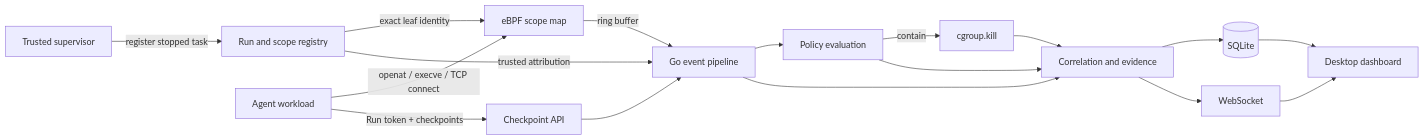
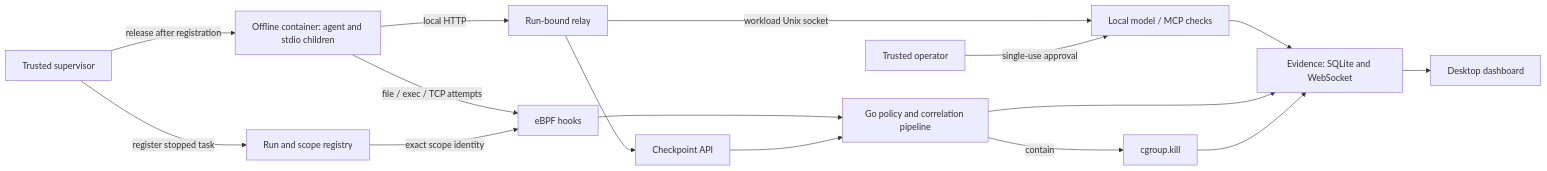
One commit to AullChen/AgentShield-eBPF changed the diagram in README.md. Above: the diagram before and after it, drawn with Mermaid. The commit also changed other lines of this file and 20 other files, not shown here.

Commit message:
docs: document validated offline launch and local inspection

````diff
--- a/README.md
+++ b/README.md
@@ -21,19 +22,18 @@
 ```mermaid
 flowchart LR
     S[Trusted supervisor] -->|register stopped task| R[Run and scope registry]
-    R -->|exact leaf identity| B[eBPF scope map]
-    A[Agent workload] -->|openat / execve / TCP connect| B
-    A -->|Run token + checkpoints| I[Checkpoint API]
-    B -->|ring buffer| C[Go event pipeline]
-    I --> C
-    R -->|trusted attribution| C
-    C --> P[Policy evaluation]
+    S -->|release after registration| A[Offline container: agent and stdio children]
+    A -->|local HTTP| L[Run-bound relay]
+    L -->|workload Unix socket| I[Local model / MCP checks]
+    L --> C[Checkpoint API]
+    O[Trusted operator] -->|single-use approval| I
+    A -->|file / exec / TCP attempts| B[eBPF hooks]
+    R -->|exact scope identity| B
+    B --> P[Go policy and correlation pipeline]
+    C --> P
     P -->|contain| K[cgroup.kill]
-    C --> E[Correlation and evidence]
+    I --> E[Evidence: SQLite and WebSocket]
     P --> E
     K --> E
-    E --> D[(SQLite)]
-    E --> W[WebSocket]
-    D --> U[Desktop dashboard]
-    W --> U
+    E --> U[Desktop dashboard]
 ```
````
